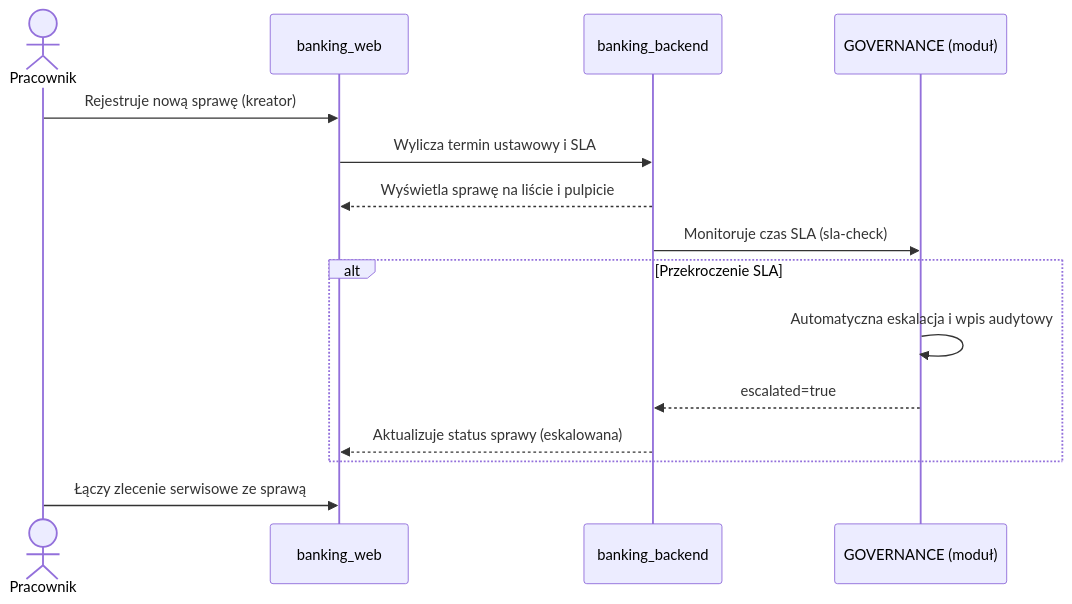
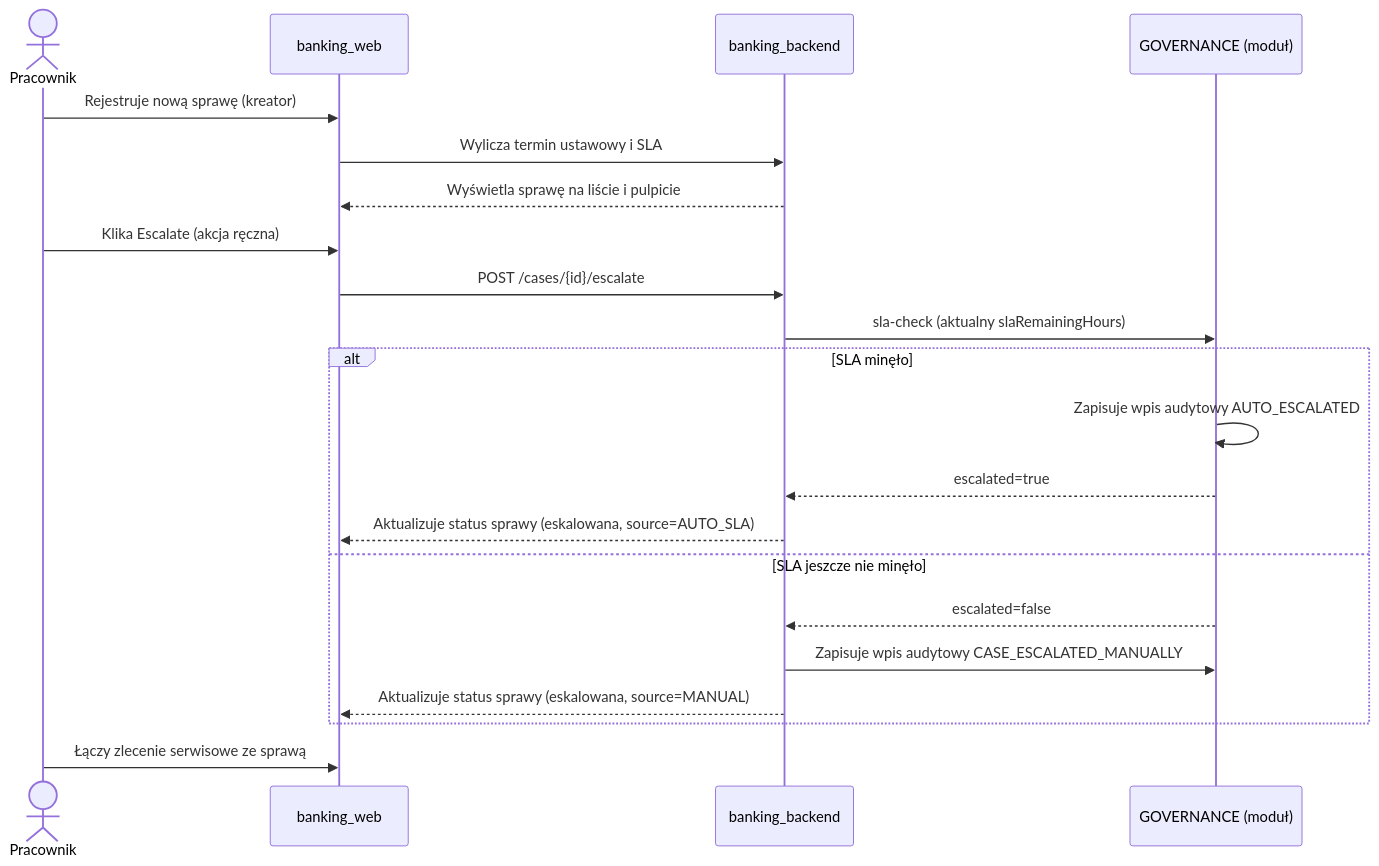
One commit to RobertNeat/Enterprise_Banking_Platform changed the eighth of 8 diagrams in docs/banking_web_functions(concise).md. Above: the diagram before and after it, drawn with Mermaid. The commit also changed other lines of this file and 46 other files, not shown here.

````diff
--- a/docs/banking_web_functions(concise).md
+++ b/docs/banking_web_functions(concise).md
@@ -467,18 +520,24 @@
 ```mermaid
 sequenceDiagram
     actor Pracownik
     participant WEB as banking_web
     participant BB as banking_backend
     participant GOV as GOVERNANCE (moduł)
 
     Pracownik->>WEB: Rejestruje nową sprawę (kreator)
     WEB->>BB: Wylicza termin ustawowy i SLA
     BB-->>WEB: Wyświetla sprawę na liście i pulpicie
-    BB->>GOV: Monitoruje czas SLA (sla-check)
-    alt Przekroczenie SLA
-        GOV->>GOV: Automatyczna eskalacja i wpis audytowy
+    Pracownik->>WEB: Klika Escalate (akcja ręczna)
+    WEB->>BB: POST /cases/{id}/escalate
+    BB->>GOV: sla-check (aktualny slaRemainingHours)
+    alt SLA minęło
+        GOV->>GOV: Zapisuje wpis audytowy AUTO_ESCALATED
         GOV-->>BB: escalated=true
-        BB-->>WEB: Aktualizuje status sprawy (eskalowana)
+        BB-->>WEB: Aktualizuje status sprawy (eskalowana, source=AUTO_SLA)
+    else SLA jeszcze nie minęło
+        GOV-->>BB: escalated=false
+        BB->>GOV: Zapisuje wpis audytowy CASE_ESCALATED_MANUALLY
+        BB-->>WEB: Aktualizuje status sprawy (eskalowana, source=MANUAL)
     end
     Pracownik->>WEB: Łączy zlecenie serwisowe ze sprawą
 ```
````
